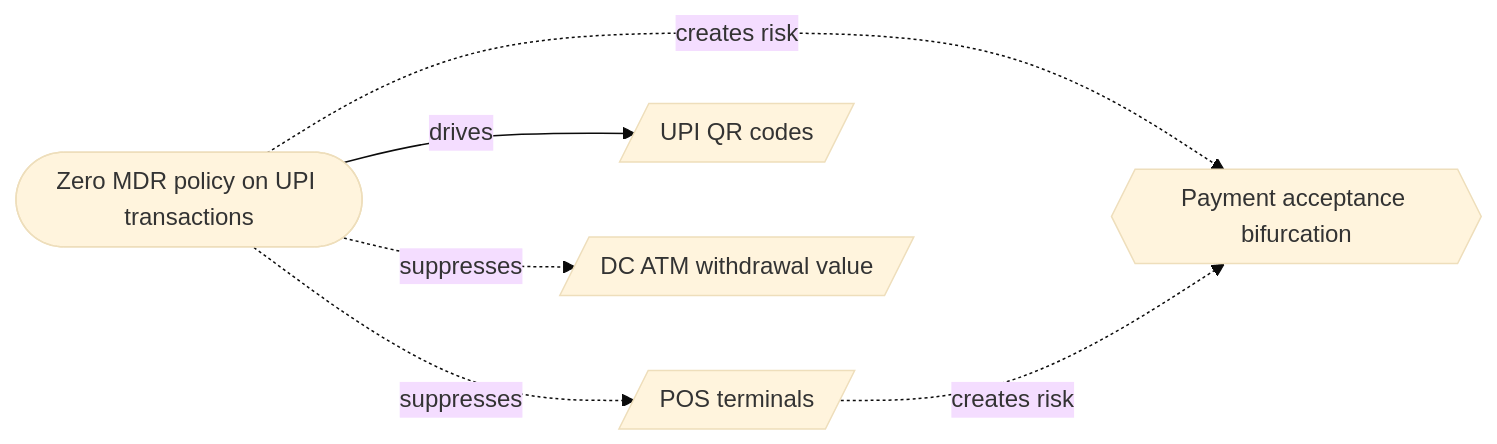
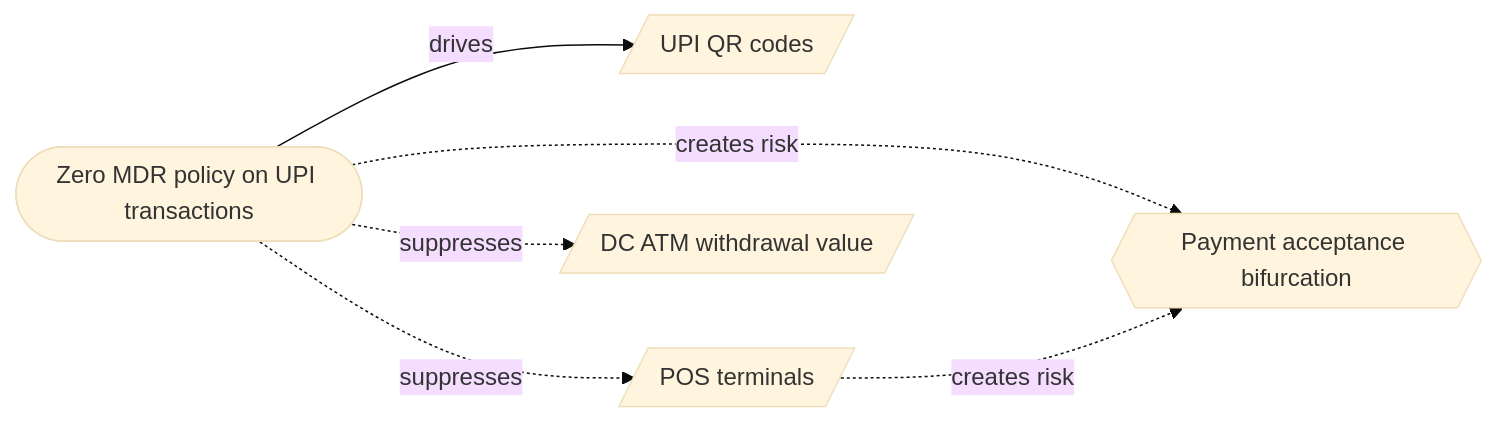
One commit to abhinavpachauri/india-credit-lens changed the diagram in analysis/distribution/output_longform/deep_read_2026-05-31.md. Above: the diagram before and after it, drawn with Mermaid (base theme). The commit also changed other lines of this file and 17 other files, not shown here.

````diff
--- a/analysis/distribution/output_longform/deep_read_2026-05-31.md
+++ b/analysis/distribution/output_longform/deep_read_2026-05-31.md
@@ -14,13 +14,13 @@
 ```mermaid
 graph LR
+    e_infrastructure_upi_qr[/"UPI QR codes"/]
+    risk_infrastructure_bifurcat{{"Payment acceptance bifurcation"}}
     e_infrastructure_pos_termina[/"POS terminals"/]
-    e_infrastructure_upi_qr[/"UPI QR codes"/]
     force_upi_zero_mdr(["Zero MDR policy on UPI transactions"])
     e_spend_value_dc_atm_withdra[/"DC ATM withdrawal value"/]
-    risk_infrastructure_bifurcat{{"Payment acceptance bifurcation"}}
     force_upi_zero_mdr -. creates risk .-> risk_infrastructure_bifurcat
     e_infrastructure_pos_termina -. creates risk .-> risk_infrastructure_bifurcat
     force_upi_zero_mdr -->|drives| e_infrastructure_upi_qr
     force_upi_zero_mdr -. suppresses .-> e_infrastructure_pos_termina
     force_upi_zero_mdr -. suppresses .-> e_spend_value_dc_atm_withdra
 ```
````
